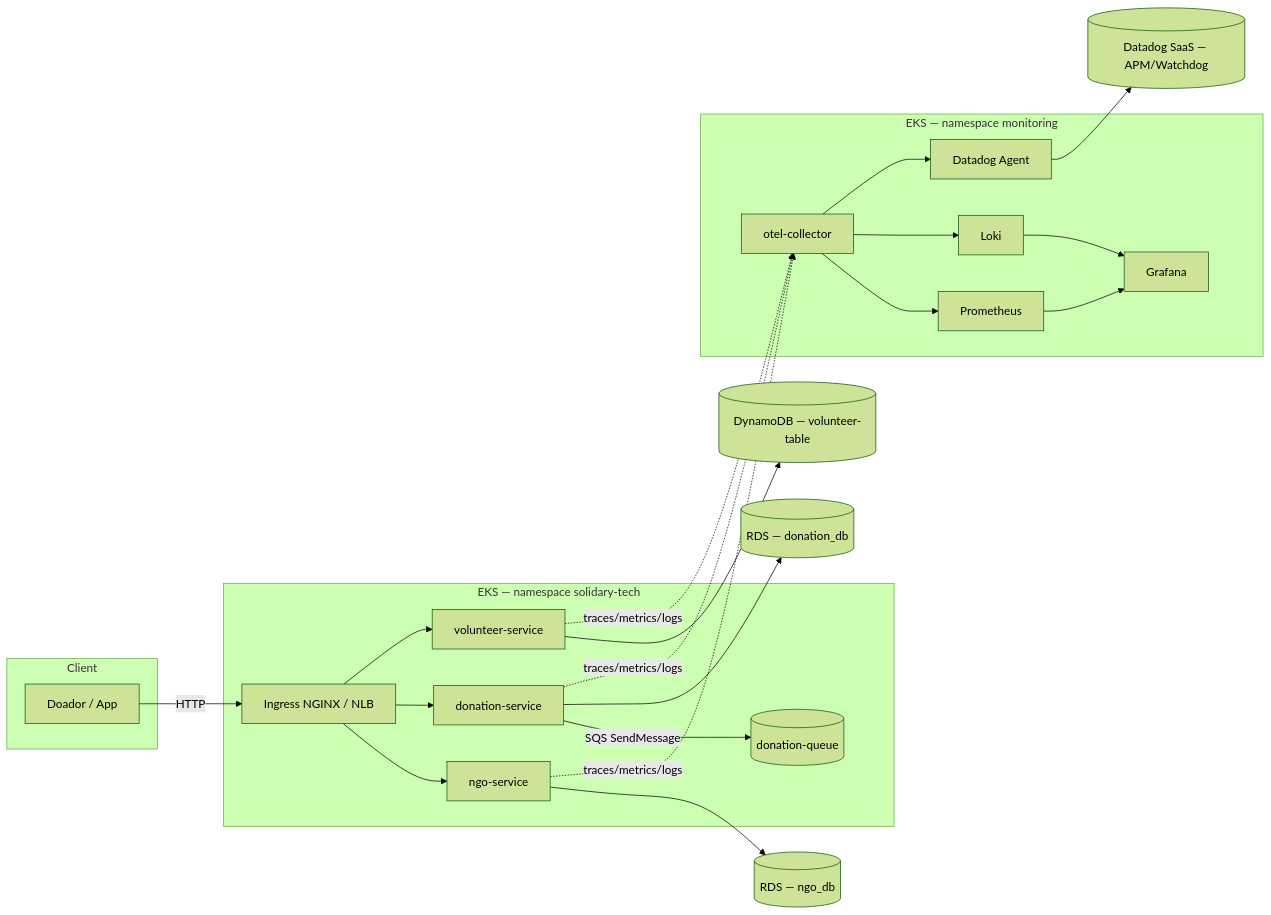
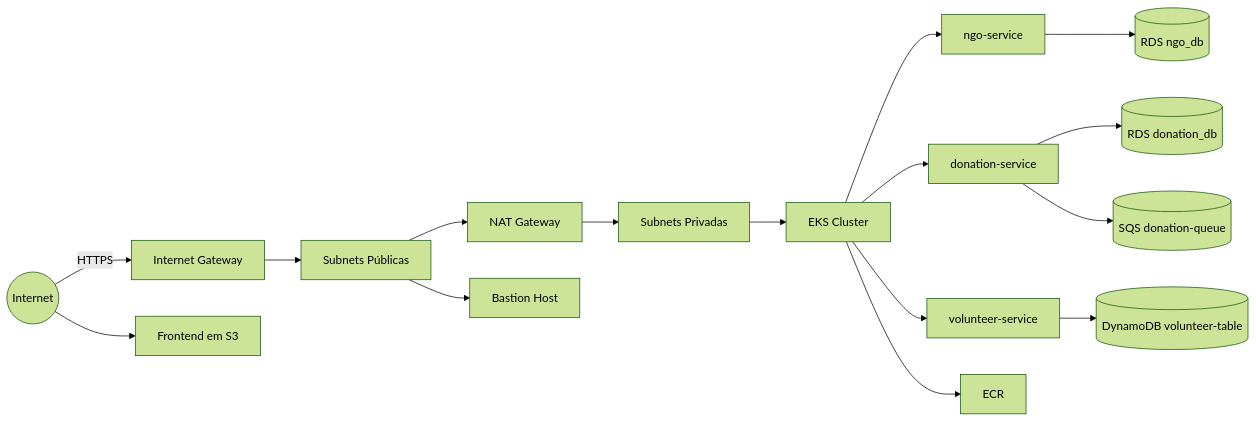
One commit to rodx64/pos_arch changed the first of 4 diagrams in fase_5/tech_challenge/solidary-tech/docs/docs/architecture.md. Above: the diagram before and after it, drawn with Mermaid (forest theme). The commit also changed other lines of this file and 9 other files, not shown here.

````diff
--- a/fase_5/tech_challenge/solidary-tech/docs/docs/architecture.md
+++ b/fase_5/tech_challenge/solidary-tech/docs/docs/architecture.md
@@ -5,37 +9,20 @@
 ```mermaid
 flowchart LR
-    subgraph Client
-        Donor[Doador / App]
-    end
+    Internet((Internet)) -->|HTTPS| IGW[Internet Gateway]
+    IGW --> Public[Subnets Públicas]
+    Public --> NAT[NAT Gateway]
+    Public --> Bastion[Bastion Host]
+    NAT --> Private[Subnets Privadas]
+    Private --> EKS[EKS Cluster]
 
-    Donor -->|HTTP| Ingress[Ingress NGINX / NLB]
+    EKS --> NGO[ngo-service]
+    EKS --> DON[donation-service]
+    EKS --> VOL[volunteer-service]
 
-    subgraph EKS["EKS — namespace solidary-tech"]
-        Ingress --> NGO[ngo-service]
-        Ingress --> DON[donation-service]
-        Ingress --> VOL[volunteer-service]
-        DON -->|SQS SendMessage| SQS[(donation-queue)]
-    end
-
-    NGO --> RDSNGO[(RDS — ngo_db)]
-    DON --> RDSDON[(RDS — donation_db)]
-    VOL --> DDB[(DynamoDB — volunteer-table)]
-
-    subgraph Monitoring["EKS — namespace monitoring"]
-        OTEL[otel-collector]
-        PROM[Prometheus]
-        LOKI[Loki]
-        GRAF[Grafana]
-        DD[Datadog Agent]
-    end
-
-    NGO -.traces/metrics/logs.-> OTEL
-    DON -.traces/metrics/logs.-> OTEL
-    VOL -.traces/metrics/logs.-> OTEL
-    OTEL --> PROM
-    OTEL --> LOKI
-    OTEL --> DD
-    DD --> Datadog[(Datadog SaaS — APM/Watchdog)]
-    PROM --> GRAF
-    LOKI --> GRAF
+    NGO --> RDSNGO[(RDS ngo_db)]
+    DON --> RDSDON[(RDS donation_db)]
+    DON --> SQS[(SQS donation-queue)]
+    VOL --> DDB[(DynamoDB volunteer-table)]
+    EKS --> ECR[ECR]
+    Internet --> Frontend[Frontend em S3]
 ```
````
